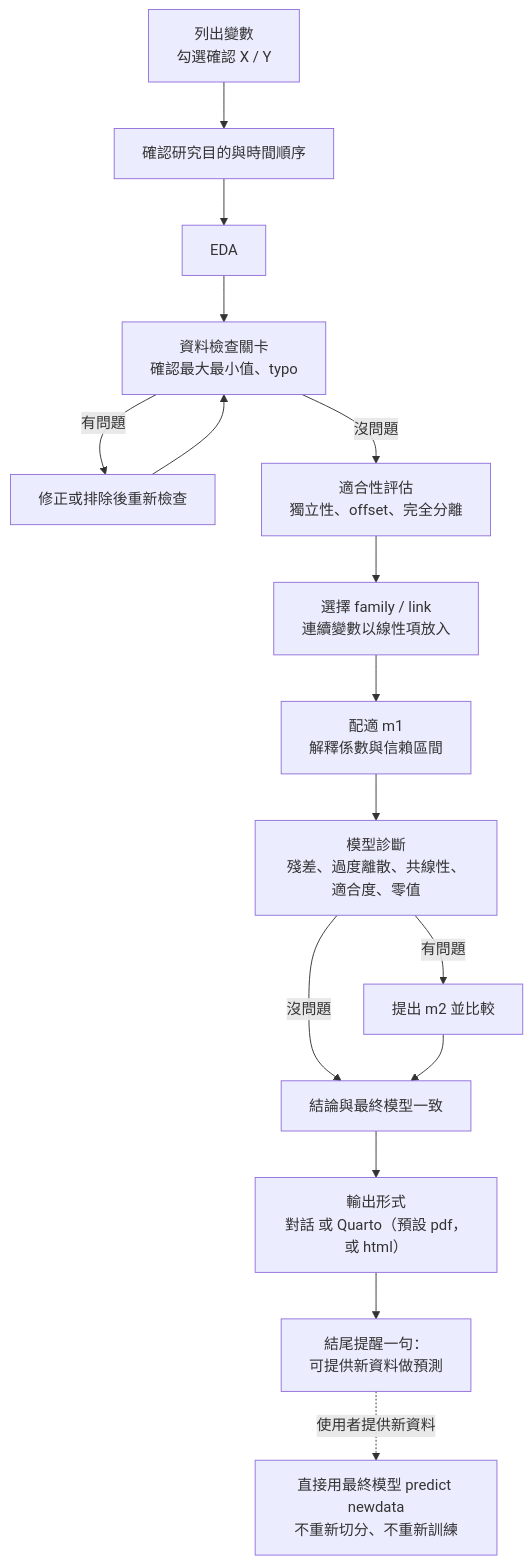
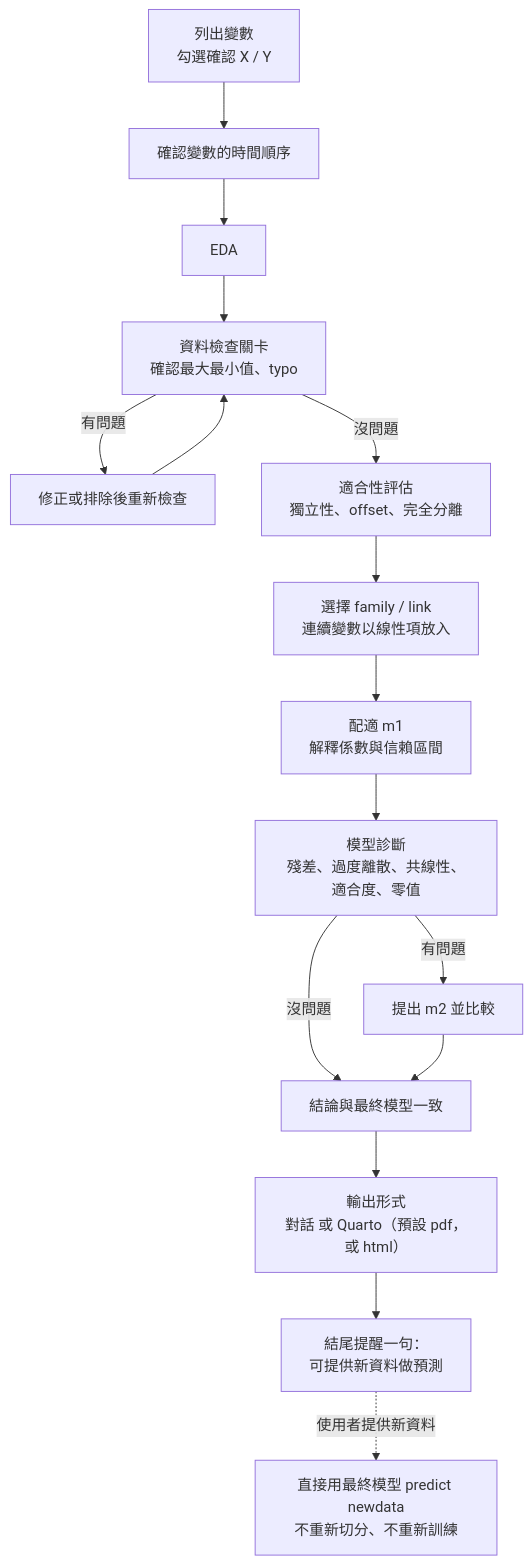
One commit to tzuhui39/SC3-GLM_Analysis changed the diagram in README.md. Above: the diagram before and after it, drawn with Mermaid. The commit also changed other lines of this file and 1 other file, not shown here.

Commit message:
Remove leftover research-purpose confirmation wording
Claude-Session: https://claude.ai/code/session_015dt6er1r7BZPH45wKRmkvi

````diff
--- a/README.md
+++ b/README.md
@@ -22,18 +22,18 @@
 ```mermaid
 flowchart TD
-    A[列出變數<br>勾選確認 X / Y] --> B[確認研究目的與時間順序]
+    A[列出變數<br>勾選確認 X / Y] --> B[確認變數的時間順序]
     B --> C[EDA]
     C --> D[資料檢查關卡<br>確認最大最小值、typo]
     D -->|有問題| D1[修正或排除後重新檢查]
     D1 --> D
     D -->|沒問題| E[適合性評估<br>獨立性、offset、完全分離]
     E --> F[選擇 family / link<br>連續變數以線性項放入]
     F --> G[配適 m1<br>解釋係數與信賴區間]
     G --> H[模型診斷<br>殘差、過度離散、共線性、適合度、零值]
     H -->|有問題| I[提出 m2 並比較]
     H -->|沒問題| K
     I --> K[結論與最終模型一致]
     K --> N[輸出形式<br>對話 或 Quarto（預設 pdf，或 html）]
     N --> O[結尾提醒一句：<br>可提供新資料做預測]
     O -.->|使用者提供新資料| L[直接用最終模型 predict newdata<br>不重新切分、不重新訓練]
 ```
````
